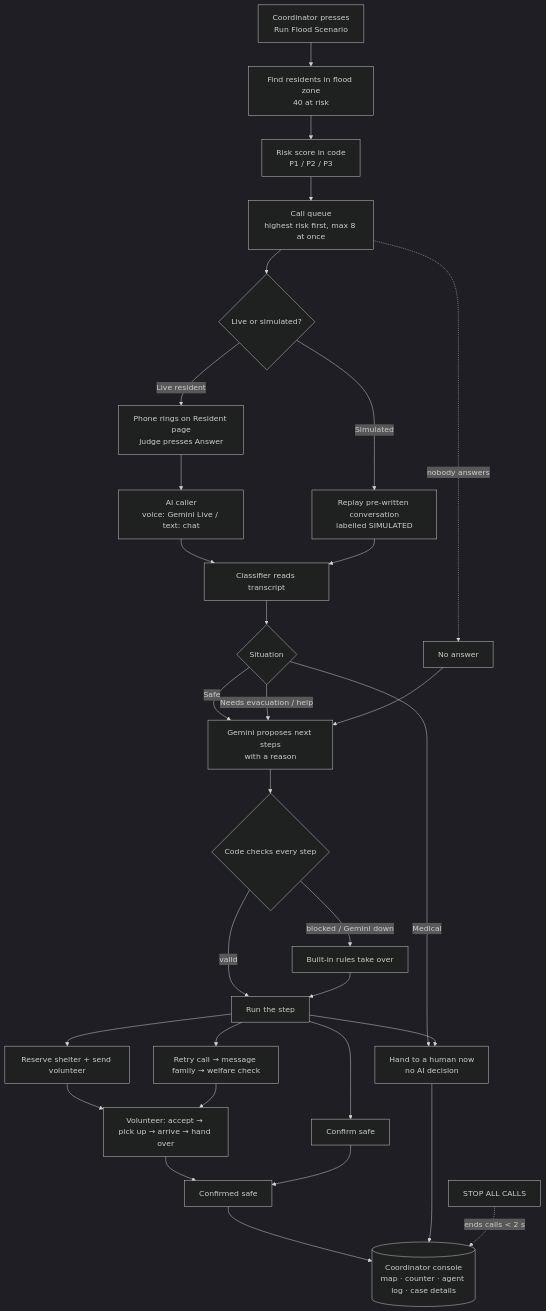
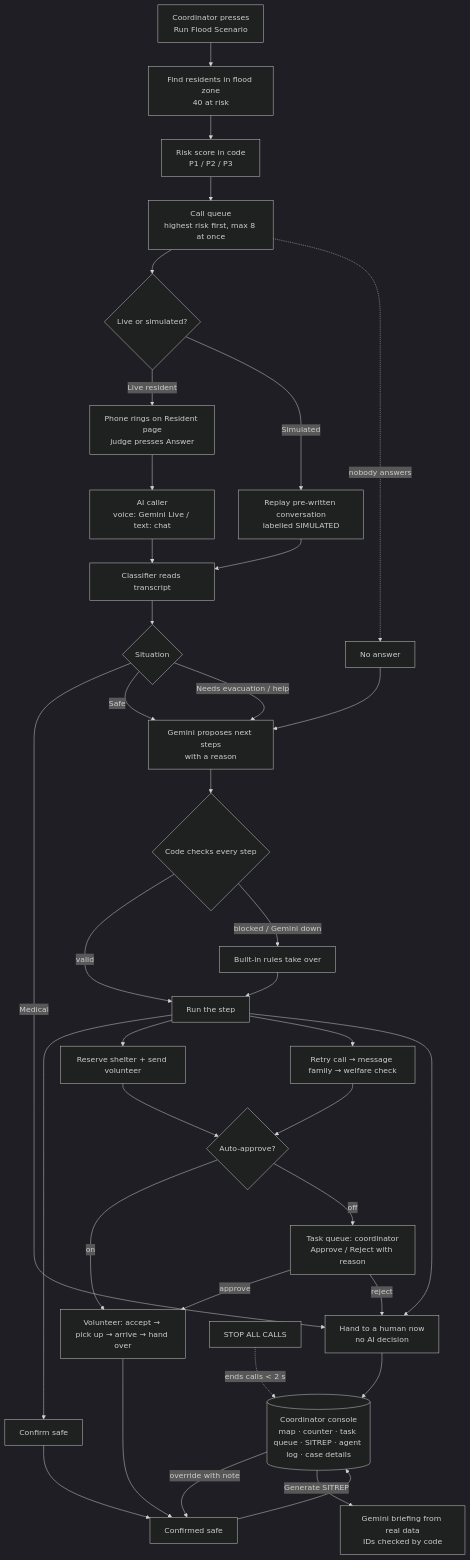
The diagram in docs/HOW-IT-WORKS.md (Shraddha259/lastmile-resilience-agent), drawn with Mermaid (dark theme) before and after one commit. The commit also changed other lines of this file and 20 other files, not shown here.

````diff
--- a/docs/HOW-IT-WORKS.md
+++ b/docs/HOW-IT-WORKS.md
@@ -58,40 +71,46 @@
 ```mermaid
 flowchart TD
     A[Coordinator presses<br/>Run Flood Scenario] --> B[Find residents in flood zone<br/>40 at risk]
     B --> C[Risk score in code<br/>P1 / P2 / P3]
     C --> D[Call queue<br/>highest risk first, max 8 at once]
 
     D --> E{Live or simulated?}
     E -- Live resident --> F[Phone rings on Resident page<br/>judge presses Answer]
     F --> G[AI caller<br/>voice: Gemini Live / text: chat]
     E -- Simulated --> H[Replay pre-written conversation<br/>labelled SIMULATED]
     D -. nobody answers .-> NA[No answer]
 
     G --> I[Classifier reads transcript]
     H --> I
     I --> J{Situation}
 
     J -- Medical --> HUM[Hand to a human now<br/>no AI decision]
     J -- Safe --> K
     J -- Needs evacuation / help --> K
     NA --> K
 
     K[Gemini proposes next steps<br/>with a reason] --> L{Code checks every step}
     L -- valid --> M[Run the step]
     L -- blocked / Gemini down --> R[Built-in rules take over]
     R --> M
 
     M --> S1[Confirm safe]
     M --> S2[Reserve shelter + send volunteer]
     M --> S3[Retry call → message family → welfare check]
     M --> HUM
 
-    S2 --> V[Volunteer: accept → pick up → arrive → hand over]
-    S3 --> V
+    S2 --> AP{Auto-approve?}
+    S3 --> AP
+    AP -- on --> V
+    AP -- off --> TQ[Task queue: coordinator<br/>Approve / Reject with reason]
+    TQ -- approve --> V[Volunteer: accept → pick up → arrive → hand over]
+    TQ -- reject --> HUM
     V --> DONE[Confirmed safe]
     S1 --> DONE
 
-    DONE --> CON[(Coordinator console<br/>map · counter · agent log · case details)]
+    DONE --> CON[(Coordinator console<br/>map · counter · task queue · SITREP · agent log · case details)]
     HUM --> CON
+    CON -- override with note --> DONE
+    CON -- Generate SITREP --> SR[Gemini briefing from real data<br/>IDs checked by code]
     KILL[STOP ALL CALLS] -. ends calls &lt; 2 s .-> CON
 ```
````
